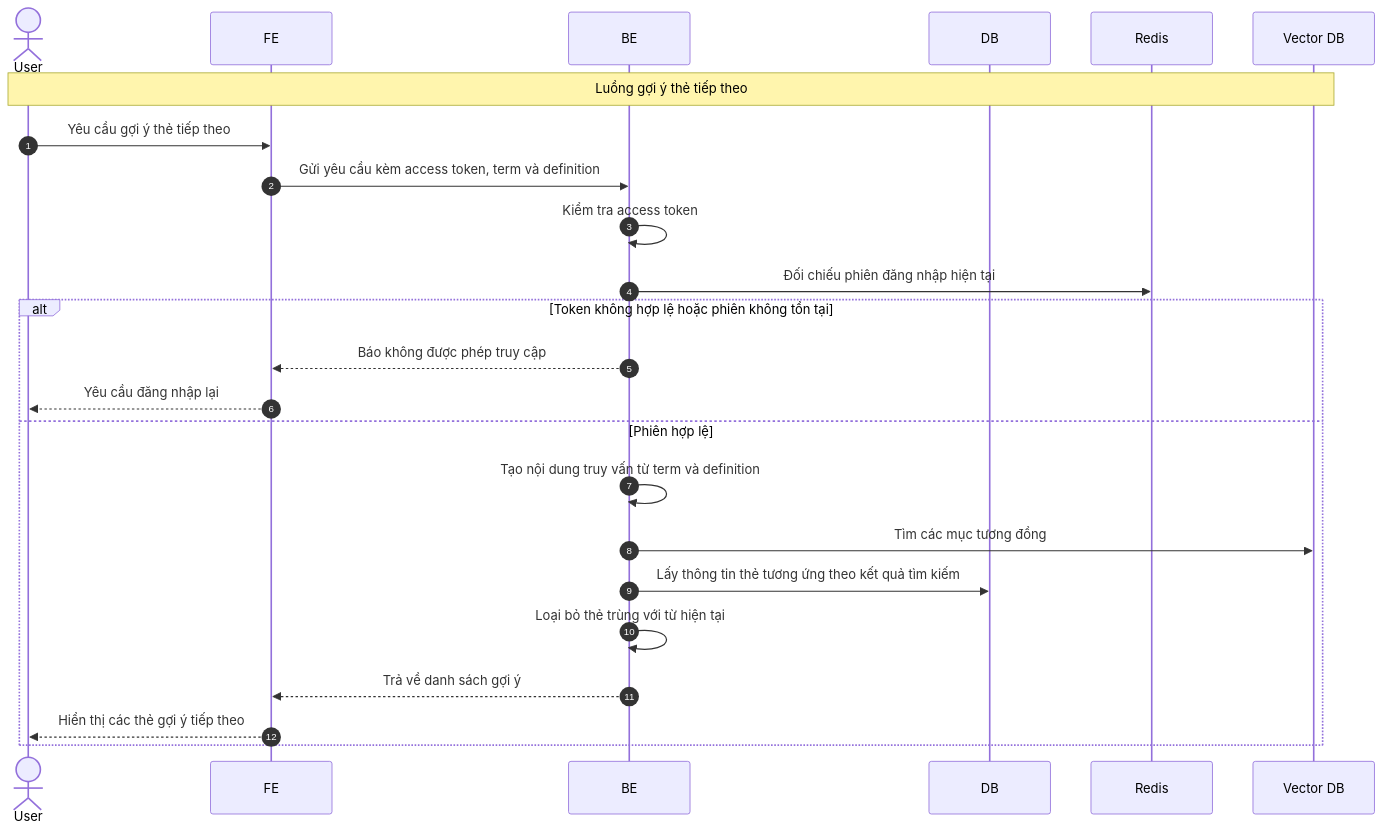
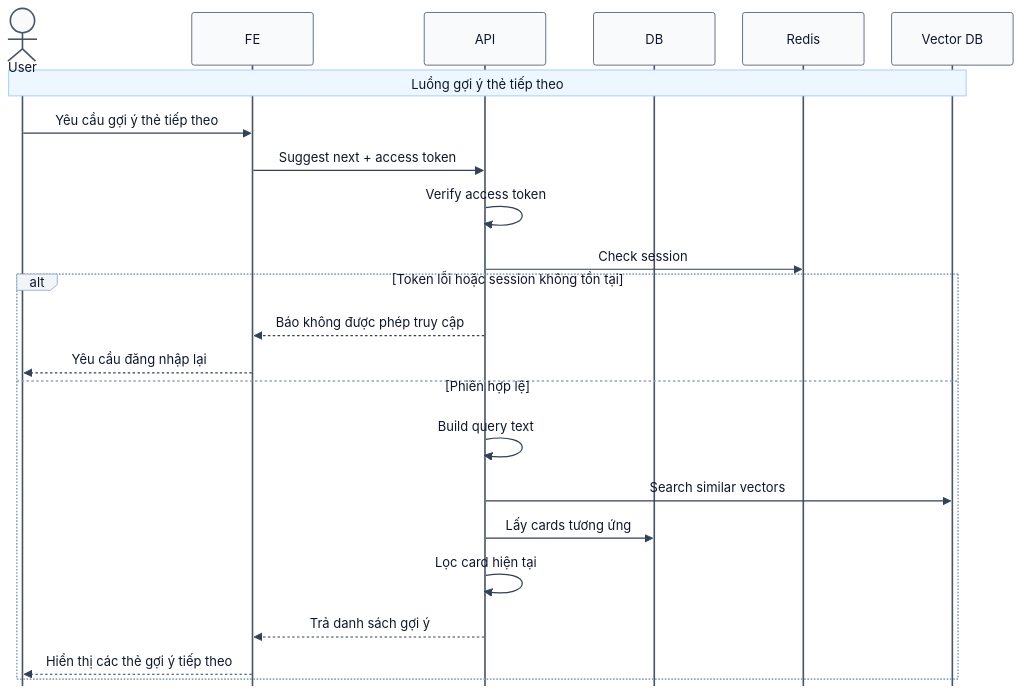
The diagram in docs/suggest-next-card-sequence.md (hungpn23/vocabify_be), drawn with Mermaid before and after one commit. The commit also changed 29 other files, not shown here.

Commit message:
feat: update sequence diagrams and add ERD for user and deck modules

````diff
--- a/docs/suggest-next-card-sequence.md
+++ b/docs/suggest-next-card-sequence.md
@@ -5,27 +5,60 @@
 ```mermaid
+---
+config:
+  theme: base
+  look: classic
+  sequence:
+    showSequenceNumbers: false
+    mirrorActors: false
+    diagramMarginX: 12
+    diagramMarginY: 8
+    actorMargin: 34
+    boxMargin: 6
+    boxTextMargin: 4
+    noteMargin: 6
+    messageMargin: 24
+  themeVariables:
+    background: "#ffffff"
+    mainBkg: "#ffffff"
+    actorBkg: "#f8fafc"
+    actorBorder: "#475569"
+    actorTextColor: "#0f172a"
+    signalColor: "#334155"
+    signalTextColor: "#0f172a"
+    noteBkgColor: "#eef6ff"
+    noteTextColor: "#0f172a"
+    noteBorderColor: "#93c5fd"
+    loopTextColor: "#0f172a"
+    activationBkgColor: "#e0f2fe"
+    activationBorderColor: "#0284c7"
+    labelBoxBkgColor: "#f1f5f9"
+    labelBoxBorderColor: "#94a3b8"
+    labelTextColor: "#0f172a"
+    fontFamily: "Arial"
+    fontSize: "12px"
+---
 sequenceDiagram
-	autonumber
 	actor User
 	participant FE as FE
-	participant BE as BE
+	participant BE as API
 	participant DB as DB
 	participant Redis as Redis
 	participant VectorDB as Vector DB
 
 	Note over User,VectorDB: Luồng gợi ý thẻ tiếp theo
 	User->>FE: Yêu cầu gợi ý thẻ tiếp theo
-	FE->>BE: Gửi yêu cầu kèm access token, term và definition
-	BE->>BE: Kiểm tra access token
-	BE->>Redis: Đối chiếu phiên đăng nhập hiện tại
-	alt Token không hợp lệ hoặc phiên không tồn tại
+	FE->>BE: Suggest next + access token
+	BE->>BE: Verify access token
+	BE->>Redis: Check session
+	alt Token lỗi hoặc session không tồn tại
 		BE-->>FE: Báo không được phép truy cập
 		FE-->>User: Yêu cầu đăng nhập lại
 	else Phiên hợp lệ
-		BE->>BE: Tạo nội dung truy vấn từ term và definition
-		BE->>VectorDB: Tìm các mục tương đồng
-		BE->>DB: Lấy thông tin thẻ tương ứng theo kết quả tìm kiếm
-		BE->>BE: Loại bỏ thẻ trùng với từ hiện tại
-		BE-->>FE: Trả về danh sách gợi ý
+		BE->>BE: Build query text
+		BE->>VectorDB: Search similar vectors
+		BE->>DB: Lấy cards tương ứng
+		BE->>BE: Lọc card hiện tại
+		BE-->>FE: Trả danh sách gợi ý
 		FE-->>User: Hiển thị các thẻ gợi ý tiếp theo
 	end
 ```
````
